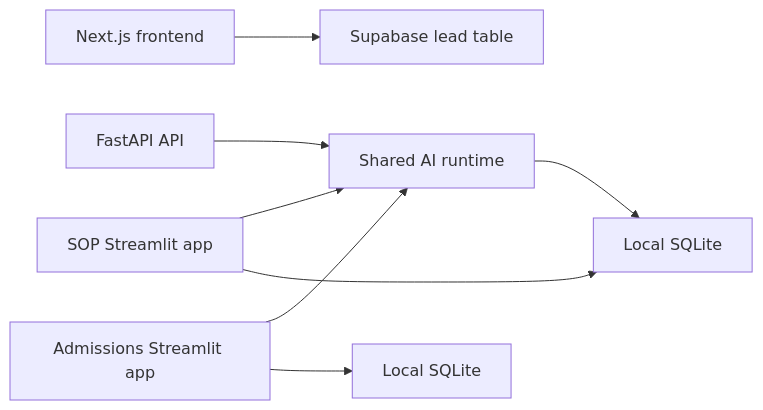
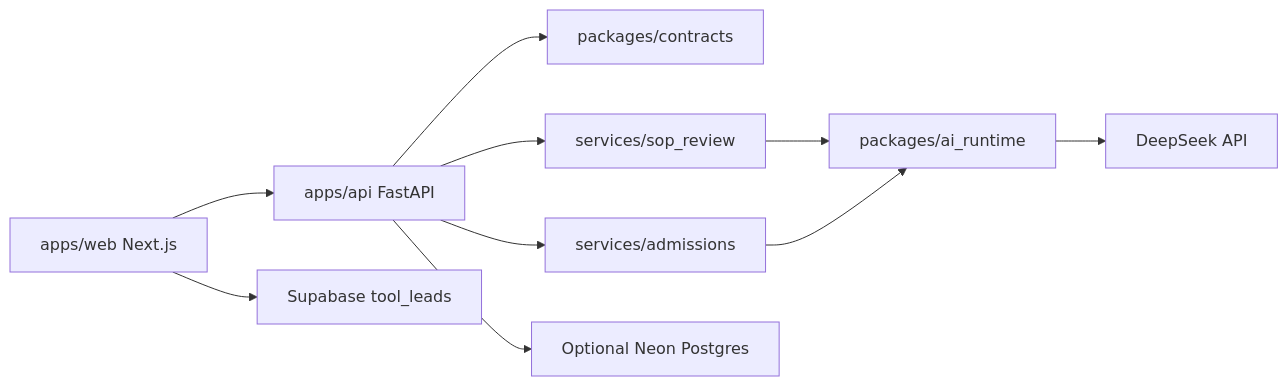
Before and after one commit to nitishmalpotra/study_abroad_platform: the diagram in docs/architecture.md, drawn with Mermaid. The commit also changed other lines of this file and 12 other files, not shown here.

````diff
--- a/docs/architecture.md
+++ b/docs/architecture.md
@@ -30,10 +7,12 @@
 ```mermaid
 flowchart LR
-  A["Next.js frontend"] --> B["Supabase lead table"]
-  H["FastAPI API"] --> D["Shared AI runtime"]
-  C["SOP Streamlit app"] --> D["Shared AI runtime"]
-  D --> E["DeepSeek"]
-  C --> E["Local SQLite"]
-  F["Admissions Streamlit app"] --> D
-  F --> G["Local SQLite"]
+  Web["apps/web Next.js"] --> API["apps/api FastAPI"]
+  Web --> Leads["Supabase tool_leads"]
+  API --> Contracts["packages/contracts"]
+  API --> SOP["services/sop_review"]
+  API --> Admissions["services/admissions"]
+  SOP --> Runtime["packages/ai_runtime"]
+  Admissions --> Runtime
+  Runtime --> DeepSeek["DeepSeek API"]
+  API --> Postgres["Optional Neon Postgres"]
 ```
````
